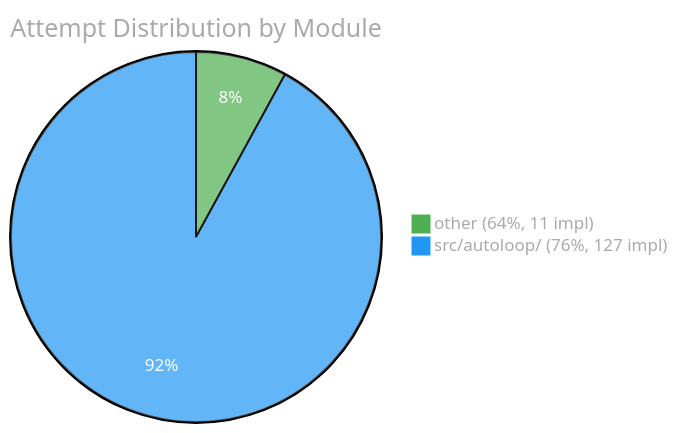
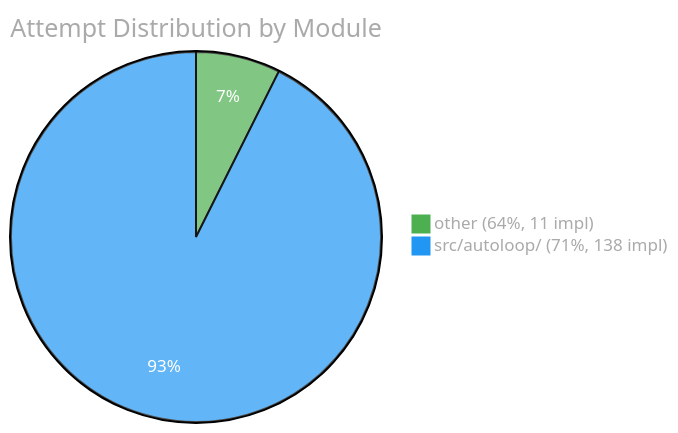
Before and after one commit to Sanctum-Origo-Systems/autoloop: the third of 3 diagrams in EVAL.md, drawn with Mermaid. The commit also changed other lines of this file and 1 other file, not shown here.

````diff
--- a/EVAL.md
+++ b/EVAL.md
@@ -56,6 +59,6 @@
 ```mermaid
 %%{init: {'theme': 'base', 'themeVariables': {'pie1': '#4CAF50', 'pie2': '#2196F3', 'pie3': '#FF9800', 'pie4': '#E91E63', 'pie5': '#9C27B0', 'pie6': '#00BCD4', 'pieTitleTextColor': '#aaa', 'pieLegendTextColor': '#aaa', 'pieSectionTextColor': '#fff'}}}%%
 pie title Attempt Distribution by Module
     "other (64%, 11 impl)" : 11
-    "src/autoloop/ (76%, 127 impl)" : 127
+    "src/autoloop/ (71%, 138 impl)" : 138
 ```
````
